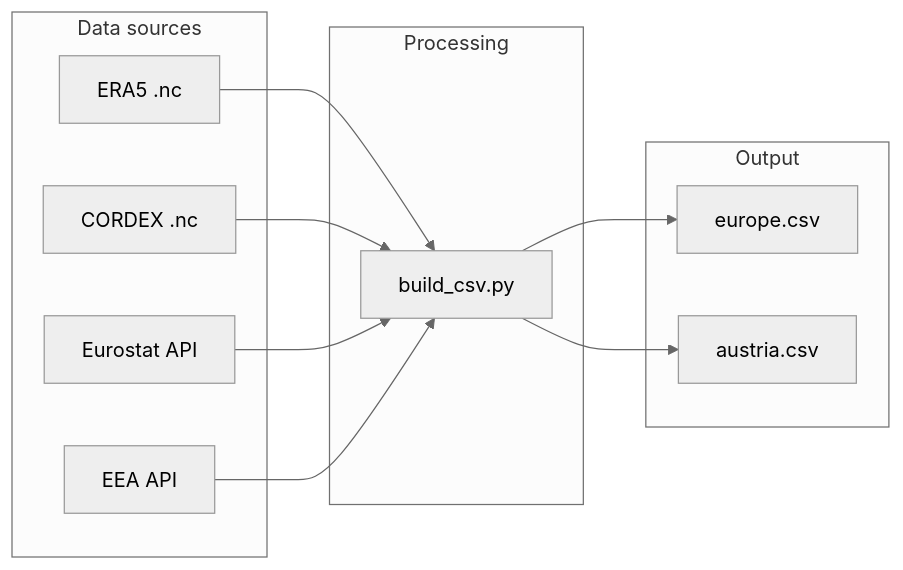
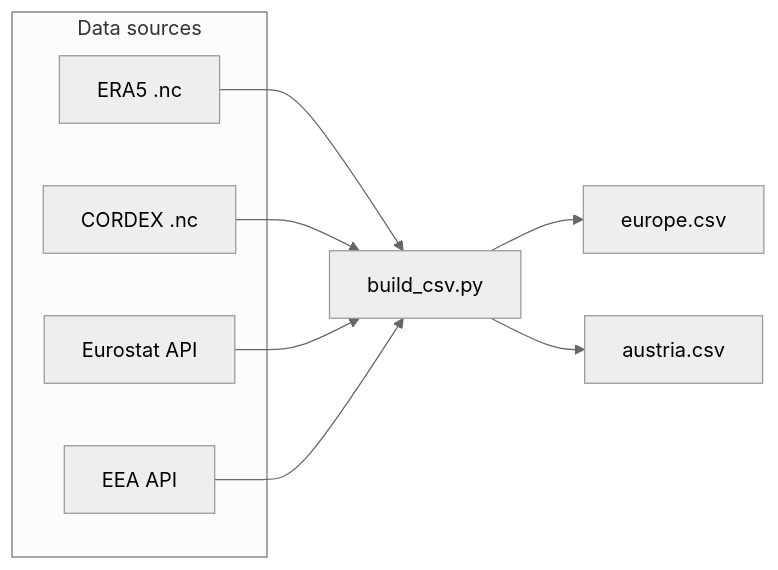
The diagram in docs/pipeline_details.md (daniprec/Climate-Change-Effect-on-Europe), drawn with Mermaid (neutral theme) before and after one commit. The commit also changed other lines of this file, not shown here.

Commit message:
Update pipeline details documentation to improve clarity by refining dataset descriptions, correcting formatting issues, and enhancing the explanation of data processing steps.

````diff
--- a/docs/pipeline_details.md
+++ b/docs/pipeline_details.md
@@ -161,26 +156,21 @@
 ```mermaid
 flowchart LR
     subgraph "Data sources"
         ERA5[ERA5 .nc]
         CORDEX[CORDEX .nc]
         Eurostat[Eurostat API]
         EEA[EEA API]
     end
 
-    subgraph "Processing"
-        BuildCSV[build_csv.py]
-    end
-
-    subgraph "Output"
-        EuropeCSV[europe.csv]
-        AustriaCSV[austria.csv]
-    end
+    BuildCSV["build_csv.py"]
+    Europe[europe.csv]
+    Austria[austria.csv]
 
     ERA5 --> BuildCSV
     CORDEX --> BuildCSV
     Eurostat --> BuildCSV
     EEA --> BuildCSV
 
-    BuildCSV --> EuropeCSV
-    BuildCSV --> AustriaCSV
+    BuildCSV --> Europe
+    BuildCSV --> Austria
 ```
````
